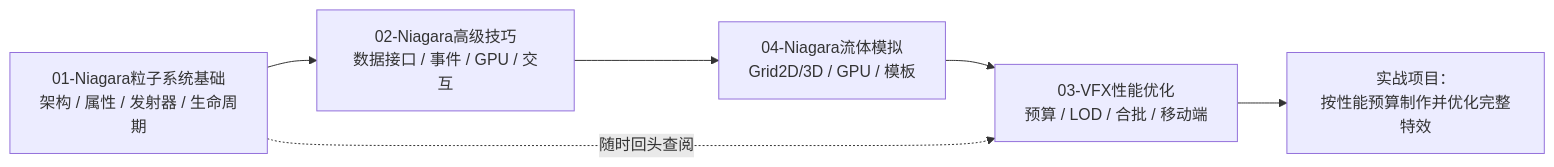
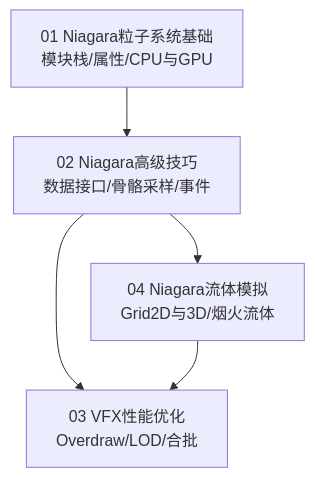
One commit to fantuan812/learning changed the diagram in 游戏知识/11-VFX与Niagara/README.md. Above: the diagram before and after it, drawn with Mermaid. The commit also changed other lines of this file and 38 other files, not shown here.

````diff
--- a/游戏知识/11-VFX与Niagara/README.md
+++ b/游戏知识/11-VFX与Niagara/README.md
@@ -44,8 +41,7 @@
 ```mermaid
-flowchart LR
-    A["01-Niagara粒子系统基础<br/>架构 / 属性 / 发射器 / 生命周期"] --> B["02-Niagara高级技巧<br/>数据接口 / 事件 / GPU / 交互"]
-    B --> F["04-Niagara流体模拟<br/>Grid2D/3D / GPU / 模板"]
-    F --> C["03-VFX性能优化<br/>预算 / LOD / 合批 / 移动端"]
-    C --> D["实战项目：<br/>按性能预算制作并优化完整特效"]
-    A -. 随时回头查阅 .-> C
+flowchart TD
+    A[01 Niagara粒子系统基础<br/>模块栈/属性/CPU与GPU] --> B[02 Niagara高级技巧<br/>数据接口/骨骼采样/事件]
+    B --> C[04 Niagara流体模拟<br/>Grid2D与3D/烟火流体]
+    B --> D[03 VFX性能优化<br/>Overdraw/LOD/合批]
+    C --> D
 ```
````
